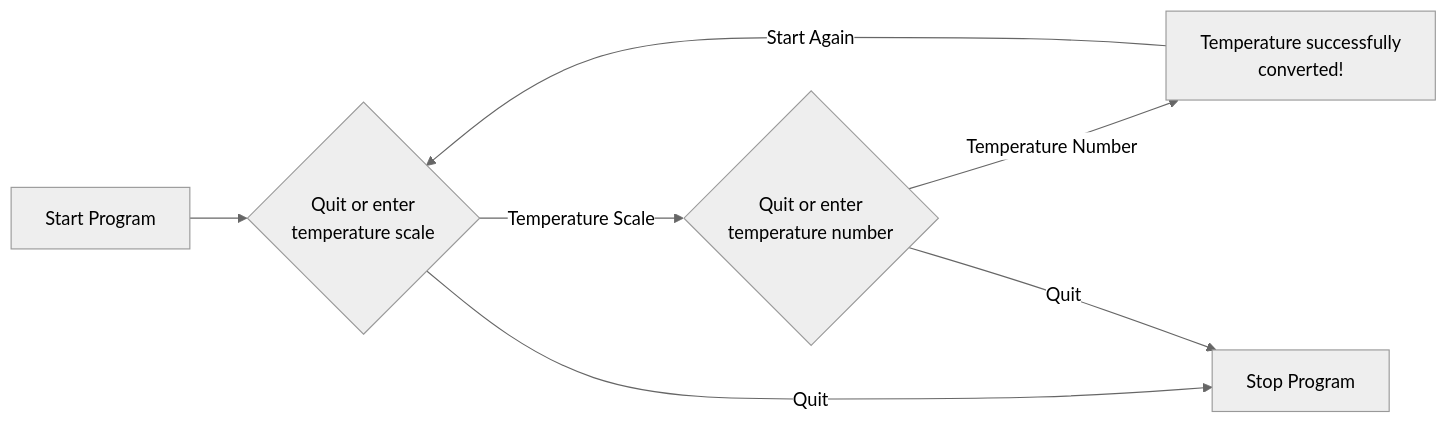
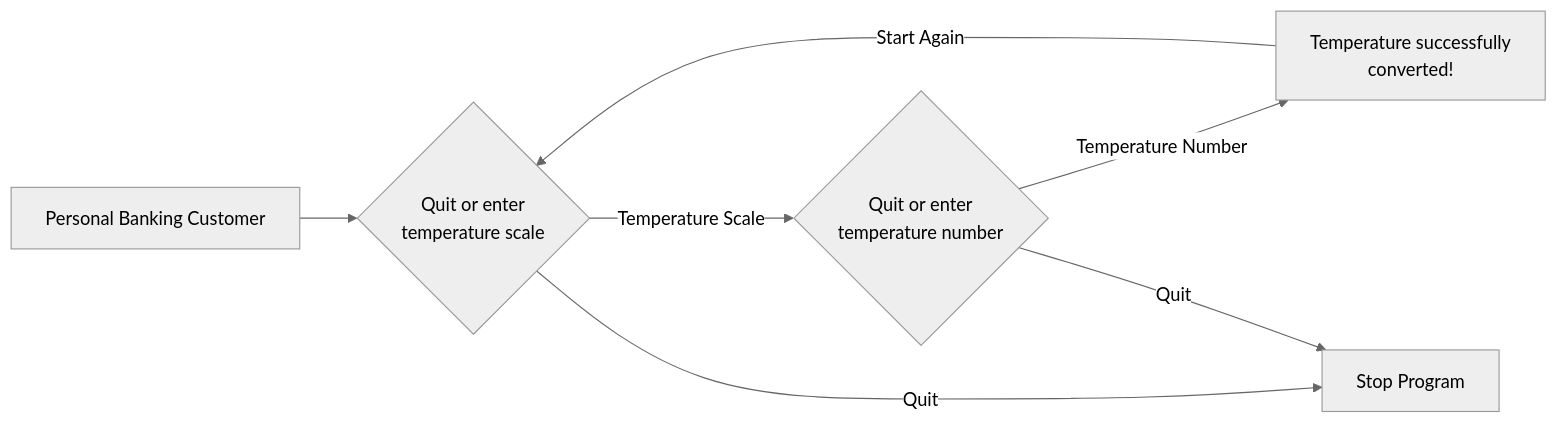
Before and after one commit to patmcfarland/one: the diagram in README.md, drawn with Mermaid (neutral theme).

````diff
--- a/README.md
+++ b/README.md
@@ -1,9 +1,9 @@
 ```mermaid
 flowchart LR
-A[Start Program] -->B{Quit or  enter<br>temperature scale}
+A[Personal Banking Customer] -->B{Quit or  enter<br>temperature scale}
 B -- Temperature Scale --> C{Quit or enter<br>temperature number} 
 C -- Temperature Number --> D[Temperature successfully<br>converted!] 
 D -- Start Again -->B
 B -- Quit --> E[Stop Program]
 C -- Quit --> E
 ```
````
